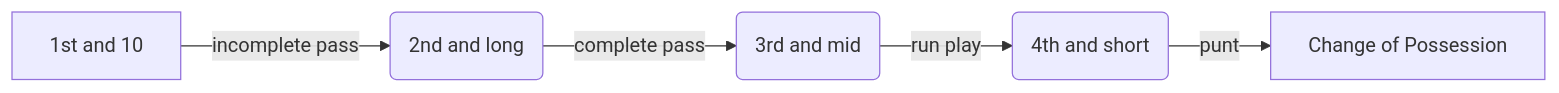
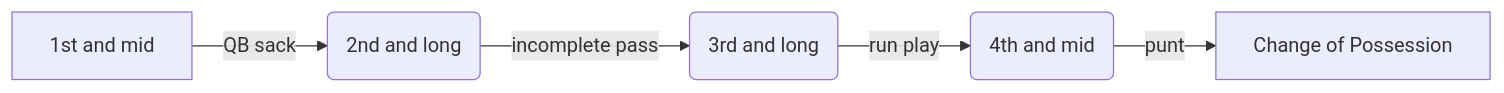
The diagram in README.md (ecavan/Markov_Modelling), drawn with Mermaid before and after one commit.

````diff
--- a/README.md
+++ b/README.md
@@ -25,4 +25,4 @@
 ```mermaid
 graph LR
-A[1st and 10] -- incomplete pass --> B(2nd and long) -- complete pass --> C(3rd and mid) -- run play --> D(4th and short) -- punt --> E[Change of Possession]
+A[1st and mid] -- QB sack --> B(2nd and long) -- incomplete pass --> C(3rd and long) -- run play --> D(4th and mid) -- punt --> E[Change of Possession]
 ```
````
